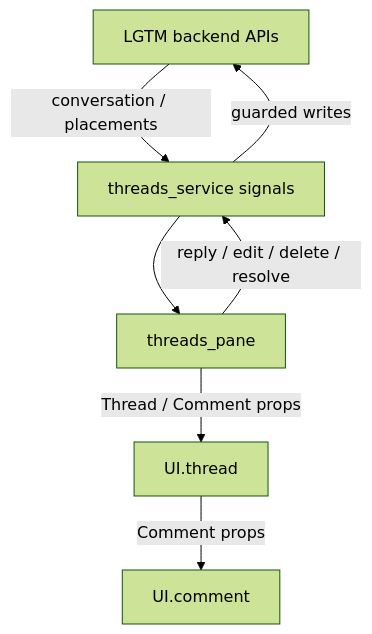
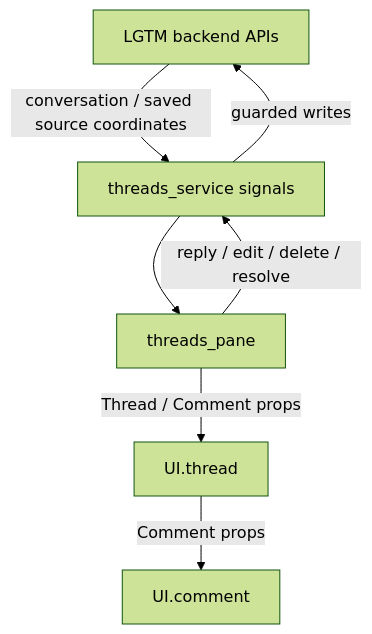
The second of 2 diagrams in docs/lgtm.nvim/feature/thread-comment.md (difflab-io/lgtm), drawn with Mermaid (forest theme) before and after one commit. The commit also changed 126 other files, not shown here.

````diff
--- a/docs/lgtm.nvim/feature/thread-comment.md
+++ b/docs/lgtm.nvim/feature/thread-comment.md
@@ -49,9 +49,9 @@
 ```mermaid
 flowchart TD
-  Backend["LGTM backend APIs"] -->|"conversation / placements"| Service["threads_service signals"]
+  Backend["LGTM backend APIs"] -->|"conversation / saved source coordinates"| Service["threads_service signals"]
   Service --> Pane["threads_pane"]
   Pane -->|"Thread / Comment props"| Thread["UI.thread"]
   Thread -->|"Comment props"| Comment["UI.comment"]
   Pane -->|"reply / edit / delete / resolve"| Service
   Service -->|"guarded writes"| Backend
 ```
````
